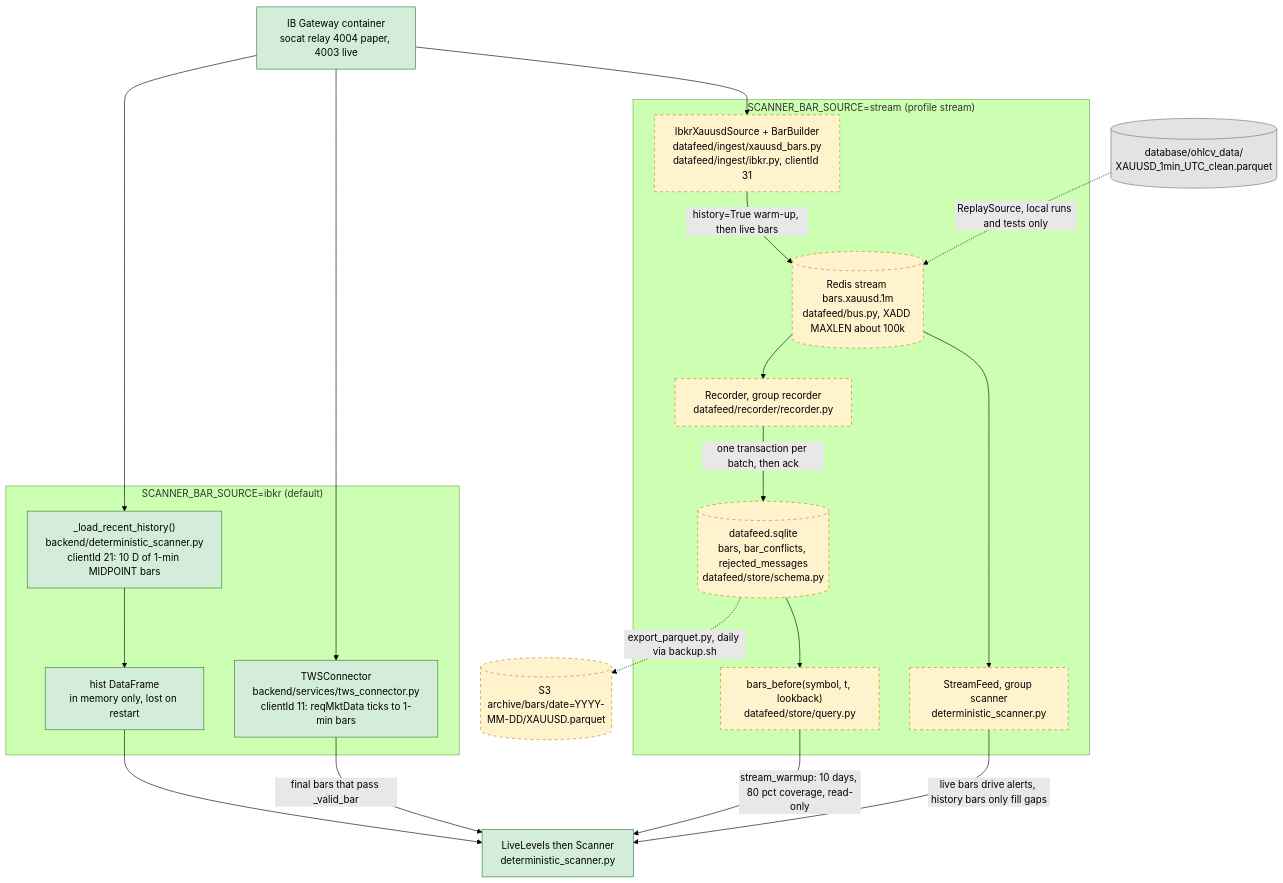
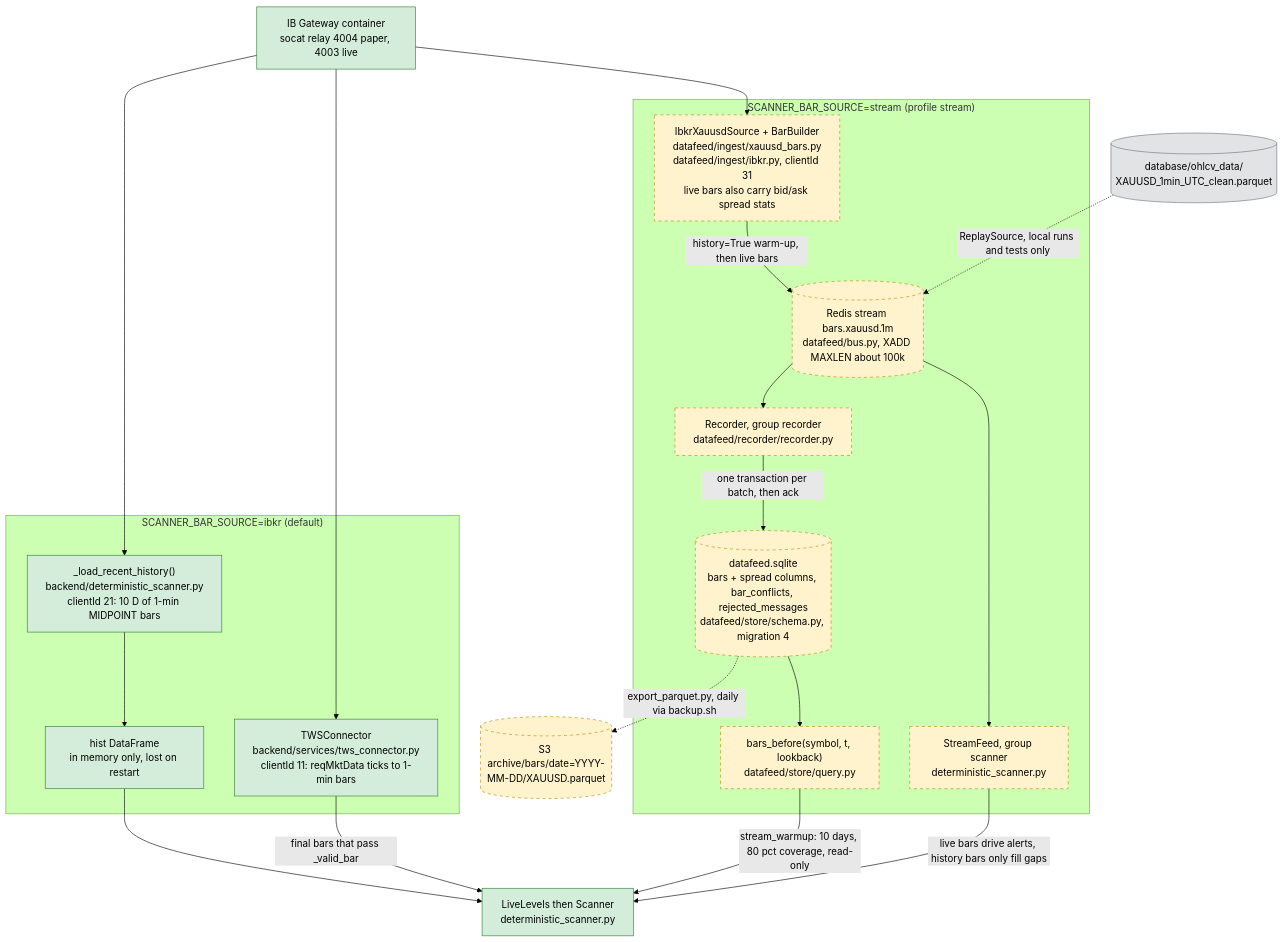
The second of 12 diagrams in docs/ARCHITECTURE_CURRENT.md (QBKFD/OPARLI-LLM-FORWARD), drawn with Mermaid (forest theme) before and after one commit. The commit also changed other lines of this file and 1 other file, not shown here.

First line of the commit message:
docs: ARCHITECTURE_CURRENT and README to main @ e194cb7, agents v2 diagrams

````diff
--- a/docs/ARCHITECTURE_CURRENT.md
+++ b/docs/ARCHITECTURE_CURRENT.md
@@ -93,39 +104,39 @@
 ```mermaid
 flowchart TB
   GW["IB Gateway container<br/>socat relay 4004 paper, 4003 live"]
 
   subgraph IBKRMODE["SCANNER_BAR_SOURCE=ibkr (default)"]
     H1["_load_recent_history()<br/>backend/deterministic_scanner.py<br/>clientId 21: 10 D of 1-min MIDPOINT bars"]
     T1["TWSConnector<br/>backend/services/tws_connector.py<br/>clientId 11: reqMktData ticks to 1-min bars"]
     MEM["hist DataFrame<br/>in memory only, lost on restart"]
   end
 
   subgraph STREAMMODE["SCANNER_BAR_SOURCE=stream (profile stream)"]
-    F["IbkrXauusdSource + BarBuilder<br/>datafeed/ingest/xauusd_bars.py<br/>datafeed/ingest/ibkr.py, clientId 31"]
+    F["IbkrXauusdSource + BarBuilder<br/>datafeed/ingest/xauusd_bars.py<br/>datafeed/ingest/ibkr.py, clientId 31<br/>live bars also carry bid/ask spread stats"]
     B[("Redis stream bars.xauusd.1m<br/>datafeed/bus.py, XADD MAXLEN about 100k")]
     REC["Recorder, group recorder<br/>datafeed/recorder/recorder.py"]
-    ST[("datafeed.sqlite<br/>bars, bar_conflicts, rejected_messages<br/>datafeed/store/schema.py")]
+    ST[("datafeed.sqlite<br/>bars + spread columns, bar_conflicts, rejected_messages<br/>datafeed/store/schema.py, migration 4")]
     Q["bars_before(symbol, t, lookback)<br/>datafeed/store/query.py"]
     SF["StreamFeed, group scanner<br/>deterministic_scanner.py"]
   end
 
   LL["LiveLevels then Scanner<br/>deterministic_scanner.py"]
   ARC[("S3 archive/bars/date=YYYY-MM-DD/XAUUSD.parquet")]
   PQ[("database/ohlcv_data/<br/>XAUUSD_1min_UTC_clean.parquet")]
 
   GW --> H1 --> MEM --> LL
   GW --> T1 -->|"final bars that pass _valid_bar"| LL
   GW --> F -->|"history=True warm-up, then live bars"| B
   B --> REC -->|"one transaction per batch, then ack"| ST
   ST --> Q -->|"stream_warmup: 10 days, 80 pct coverage, read-only"| LL
   B --> SF -->|"live bars drive alerts, history bars only fill gaps"| LL
   ST -.->|"export_parquet.py, daily via backup.sh"| ARC
   PQ -.->|"ReplaySource, local runs and tests only"| B
 
   classDef prod fill:#d4edda,stroke:#2e7d32,color:#000
   classDef optin fill:#fff3cd,stroke:#b8860b,stroke-dasharray:5 5,color:#000
   classDef idle fill:#e2e3e5,stroke:#6c757d,color:#000
   class GW,H1,T1,MEM,LL prod
   class F,B,REC,ST,Q,SF,ARC optin
   class PQ idle
 ```
````
